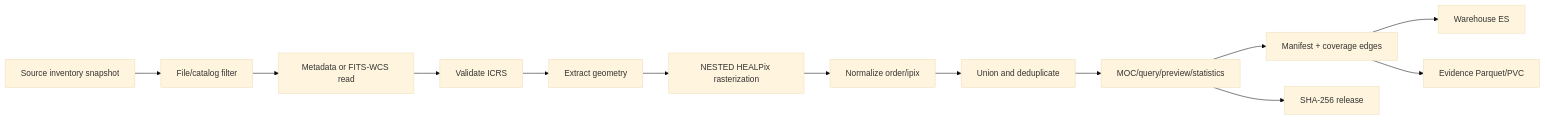
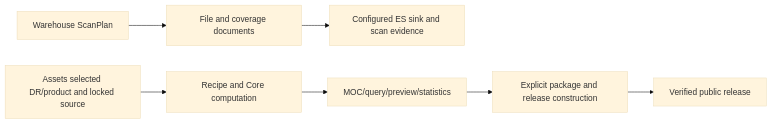
Before and after one commit to Astro-Survey-Atlas/Assets: the first of 2 diagrams in docs/coverage-workflow.md, drawn with Mermaid (base theme). The commit also changed other lines of this file and 150 other files, not shown here.

````diff
--- a/docs/coverage-workflow.md
+++ b/docs/coverage-workflow.md
@@ -7,15 +8,9 @@
 ```mermaid
 flowchart LR
-  A[Source inventory snapshot] --> B[File/catalog filter]
-  B --> C[Metadata or FITS-WCS read]
-  C --> D[Validate ICRS]
-  D --> E[Extract geometry]
-  E --> F[NESTED HEALPix rasterization]
-  F --> G[Normalize order/ipix]
-  G --> H[Union and deduplicate]
-  H --> I[MOC/query/preview/statistics]
-  I --> J[Manifest + coverage edges]
-  J --> K[Warehouse ES]
-  J --> L[Evidence Parquet/PVC]
-  I --> M[SHA-256 release]
+  A[Warehouse ScanPlan] --> B[File and coverage documents]
+  B --> C[Configured ES sink and scan evidence]
+  D[Assets selected DR/product and locked source] --> E[Recipe and Core computation]
+  E --> F[MOC/query/preview/statistics]
+  F --> G[Explicit package and release construction]
+  G --> H[Verified public release]
 ```
````
